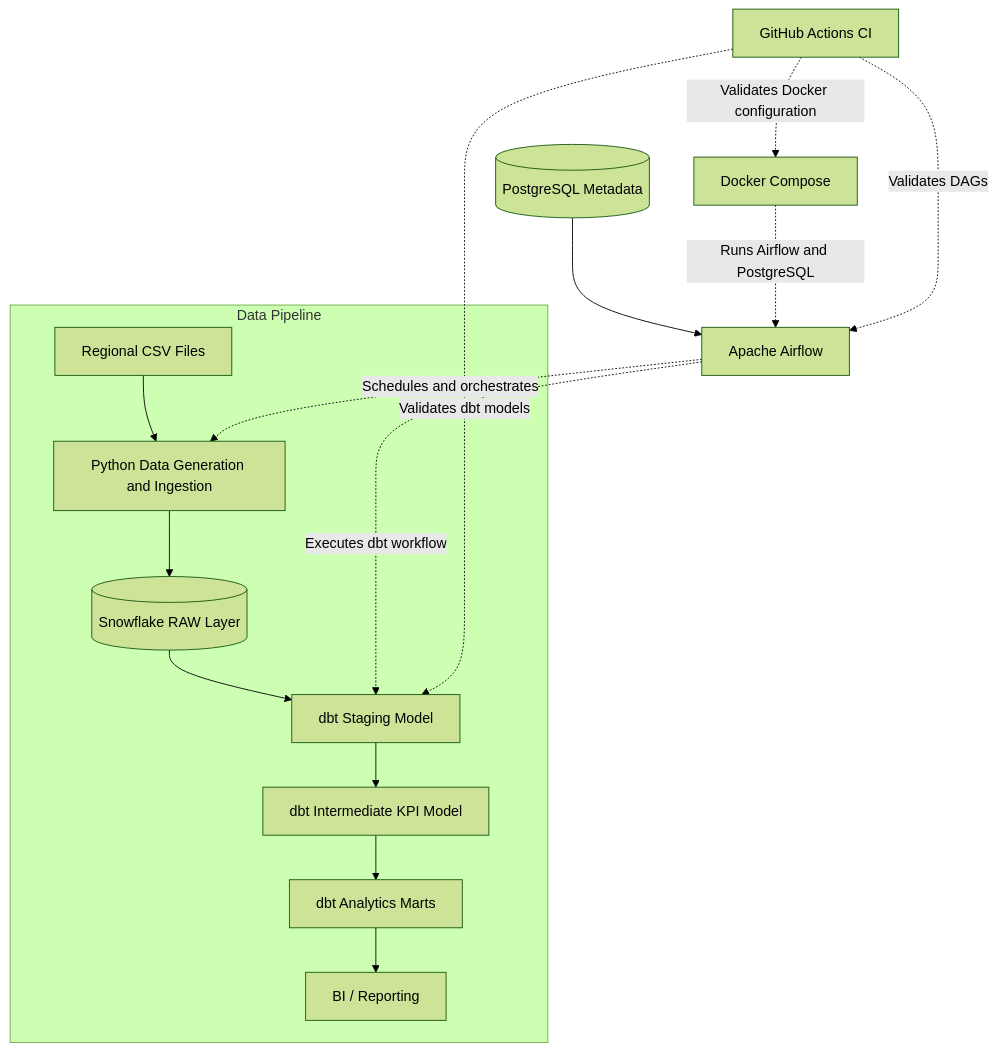
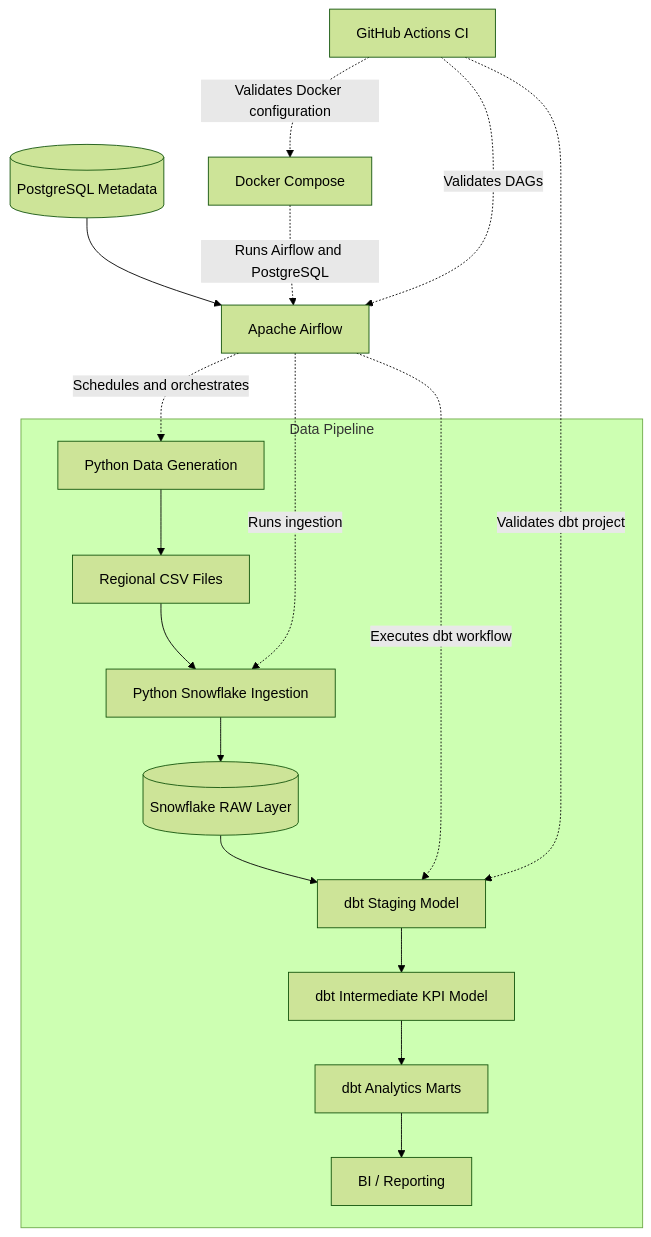
One commit to zoe998998/airflow-dbt-snowflake-analytics-pipeline changed the diagram in README.md. Above: the diagram before and after it, drawn with Mermaid (forest theme). The commit also changed other lines of this file, not shown here.

Commit message:
Finalize Airflow Docker setup and project documentation

````diff
--- a/README.md
+++ b/README.md
@@ -64,29 +64,32 @@
 ```mermaid
 flowchart TD
     subgraph PIPELINE["Data Pipeline"]
-        A[Regional CSV Files]
-        B[Python Data Generation and Ingestion]
-        C[(Snowflake RAW Layer)]
-        D[dbt Staging Model]
-        E[dbt Intermediate KPI Model]
-        F[dbt Analytics Marts]
-        G[BI / Reporting]
+        A[Python Data Generation]
+        B[Regional CSV Files]
+        C[Python Snowflake Ingestion]
+        D[(Snowflake RAW Layer)]
+        E[dbt Staging Model]
+        F[dbt Intermediate KPI Model]
+        G[dbt Analytics Marts]
+        H[BI / Reporting]
 
         A --> B
         B --> C
         C --> D
         D --> E
         E --> F
         F --> G
+        G --> H
     end
 
-    AF[Apache Airflow] -. Schedules and orchestrates .-> B
-    AF -. Executes dbt workflow .-> D
+    AF[Apache Airflow] -. Schedules and orchestrates .-> A
+    AF -. Runs ingestion .-> C
+    AF -. Executes dbt workflow .-> E
 
     PG[(PostgreSQL Metadata)] --> AF
     DC[Docker Compose] -. Runs Airflow and PostgreSQL .-> AF
 
     CI[GitHub Actions CI] -. Validates DAGs .-> AF
-    CI -. Validates dbt models .-> D
+    CI -. Validates dbt project .-> E
     CI -. Validates Docker configuration .-> DC
 ```
````
